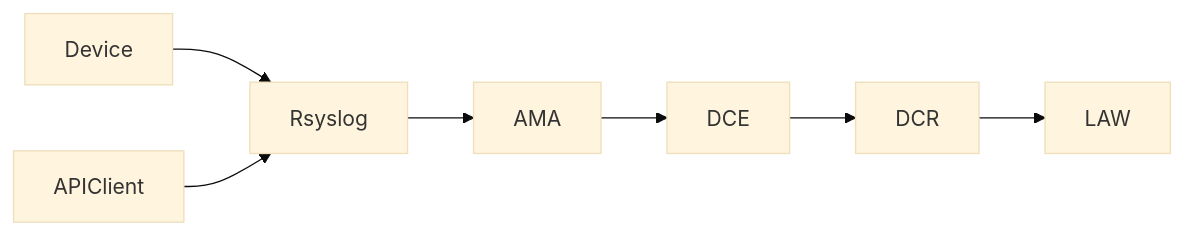
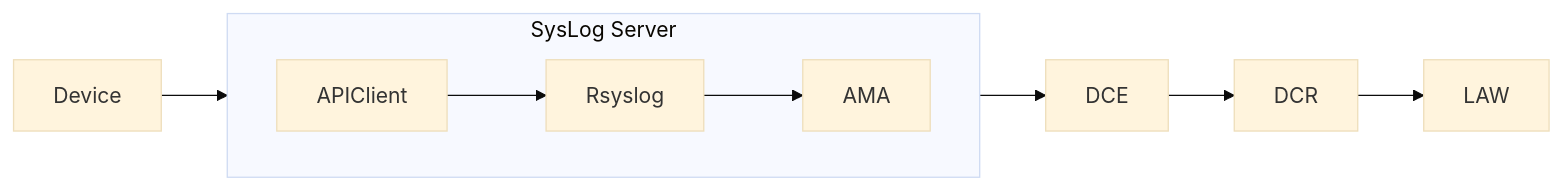
The diagram in _posts/2025-01-18-ms-sentinel-syslog-and-cef.md (tlourey/tlourey.github.io), drawn with Mermaid (base theme) before and after one commit. The commit also changed other lines of this file and 1 other file, not shown here.

Commit message:
more diagramming

````diff
--- a/_posts/2025-01-18-ms-sentinel-syslog-and-cef.md
+++ b/_posts/2025-01-18-ms-sentinel-syslog-and-cef.md
@@ -84,9 +84,11 @@
 ```mermaid
-flowchart LR;
-    Device --> Rsyslog;
-    APIClient --> Rsyslog;
-    Rsyslog --> AMA;
-    AMA --> DCE;
-    DCE --> DCR;
-    DCR --> LAW;
+flowchart LR
+  subgraph SysLog Server
+    direction LR
+    APIClient --> Rsyslog --> AMA
+  end
+  Device --> Rsyslog;
+  AMA --> DCE;
+  DCE --> DCR;
+  DCR --> LAW;
 ```
````
